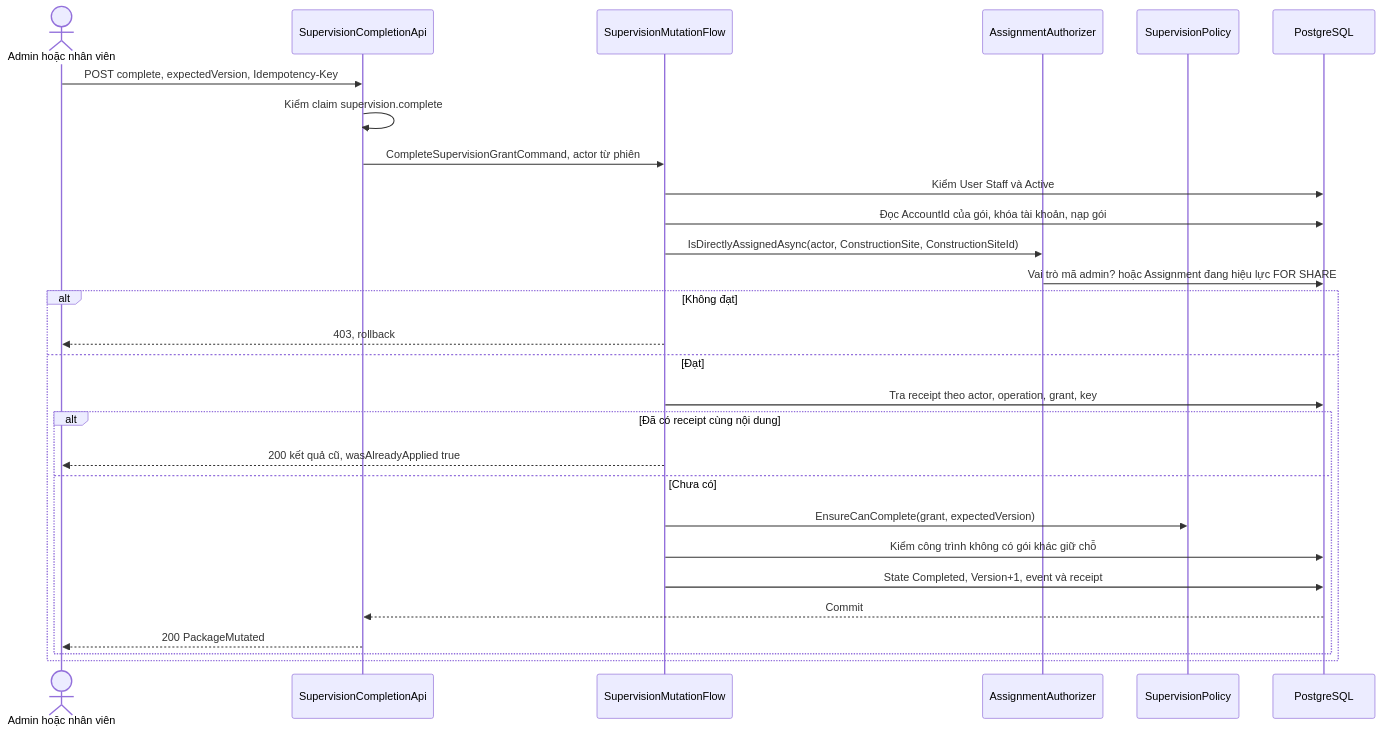
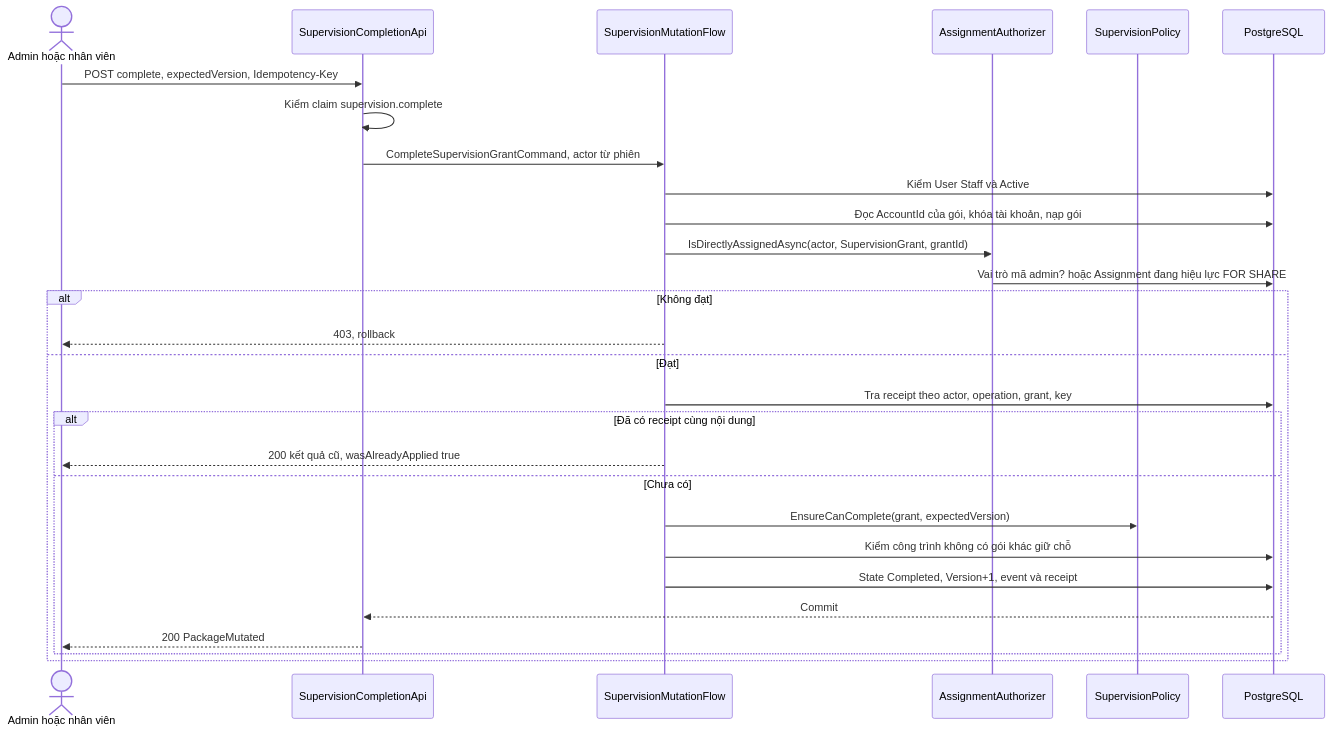
One commit to TaskCoper/bmt-documentation changed the second of 5 diagrams in tdd/TDD-SUB-006.md. Above: the diagram before and after it, drawn with Mermaid. The commit also changed other lines of this file and 15 other files, not shown here.

````diff
--- a/tdd/TDD-SUB-006.md
+++ b/tdd/TDD-SUB-006.md
@@ -168,30 +169,30 @@
 ```mermaid
 sequenceDiagram
     actor S as Admin hoặc nhân viên
     participant A as SupervisionCompletionApi
     participant F as SupervisionMutationFlow
     participant Z as AssignmentAuthorizer
     participant P as SupervisionPolicy
     participant D as PostgreSQL
     S->>A: POST complete, expectedVersion, Idempotency-Key
     A->>A: Kiểm claim supervision.complete
     A->>F: CompleteSupervisionGrantCommand, actor từ phiên
     F->>D: Kiểm User Staff và Active
     F->>D: Đọc AccountId của gói, khóa tài khoản, nạp gói
-    F->>Z: IsDirectlyAssignedAsync(actor, ConstructionSite, ConstructionSiteId)
+    F->>Z: IsDirectlyAssignedAsync(actor, SupervisionGrant, grantId)
     Z->>D: Vai trò mã admin? hoặc Assignment đang hiệu lực FOR SHARE
     alt Không đạt
       F-->>S: 403, rollback
     else Đạt
       F->>D: Tra receipt theo actor, operation, grant, key
       alt Đã có receipt cùng nội dung
         F-->>S: 200 kết quả cũ, wasAlreadyApplied true
       else Chưa có
         F->>P: EnsureCanComplete(grant, expectedVersion)
         F->>D: Kiểm công trình không có gói khác giữ chỗ
         F->>D: State Completed, Version+1, event và receipt
         D-->>A: Commit
         A-->>S: 200 PackageMutated
       end
     end
 ```
````
